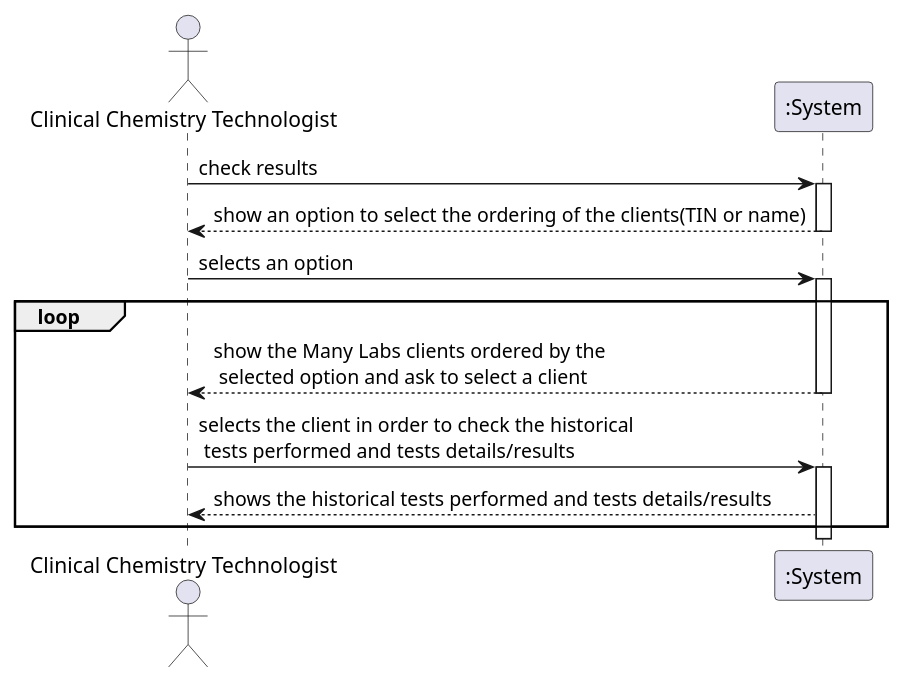
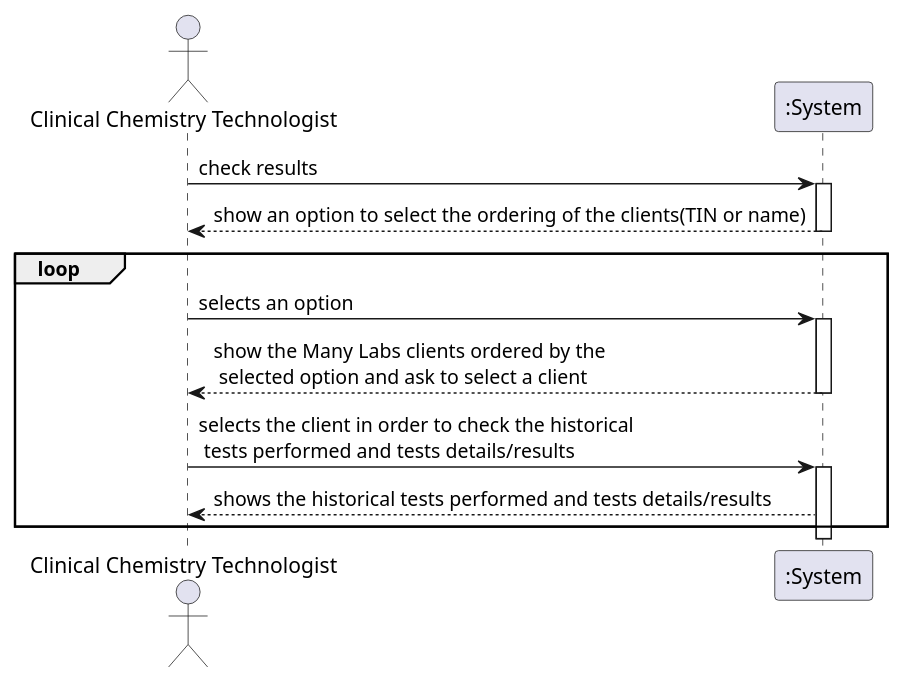
Before and after one commit to GuilhermeCunha79/lapr2: the diagram in docs/SprintD/US13/UC13_SSD.puml, drawn with PlantUML. The commit also changed other lines of this file and 10 other files, not shown here.

```diff
--- a/docs/SprintD/US13/UC13_SSD.puml
+++ b/docs/SprintD/US13/UC13_SSD.puml
@@ -1,21 +1,21 @@
 @startuml
 'https://plantuml.com/sequence-diagram
 
 actor "Clinical Chemistry Technologist" as CCT
 
 participant ":System" as SYS
 
 CCT-> SYS : check results
 activate SYS
 SYS --> CCT : show an option to select the ordering of the clients(TIN or name)
 deactivate SYS
+loop
 CCT-> SYS : selects an option
 activate SYS
-loop
 SYS-->CCT : show the Many Labs clients ordered by the\n selected option and ask to select a client
 deactivate SYS
 CCT->SYS : selects the client in order to check the historical\n tests performed and tests details/results
 activate SYS
 SYS-->CCT : shows the historical tests performed and tests details/results
 end
 @enduml
```
